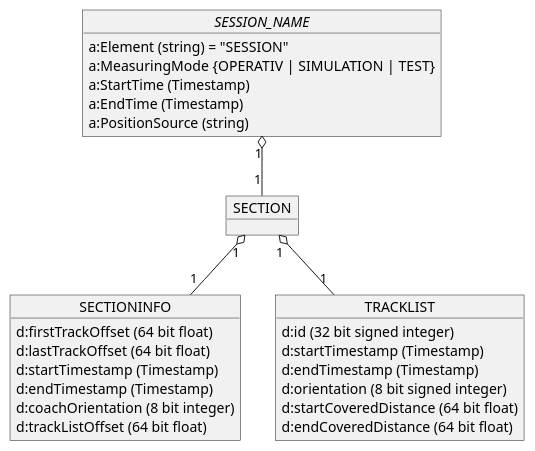
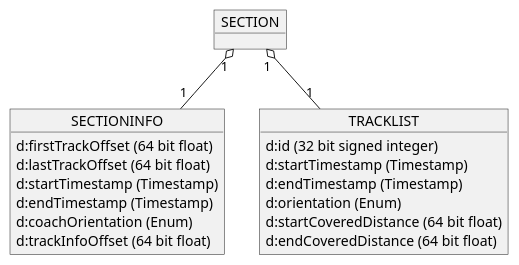
The fifth of 12 diagrams in images/RCM-DX_images.puml (OpenRailAssociation/rcm-dx), drawn with PlantUML before and after one commit. The commit also changed other lines of this file and 22 other files, not shown here.

Commit message:
New Images for group overview and main structure added. Fixed some images and its content.

```diff
--- a/images/RCM-DX_images.puml
+++ b/images/RCM-DX_images.puml
@@ -393,36 +142,25 @@
-@startuml RCM_DX_Section_overview
+@startuml rcmdx_section_group
 
-  object "//SESSION_NAME//" as session_name {
-    a:Element (string) = "SESSION"
-    a:MeasuringMode {OPERATIV | SIMULATION | TEST}
-    a:StartTime (Timestamp)
-    a:EndTime (Timestamp)
-    a:PositionSource (string)
-  }
+  object SECTION
 
-  object SECTION 
-
-  object SECTIONINFO {
+    object SECTIONINFO {
     d:firstTrackOffset (64 bit float)
     d:lastTrackOffset (64 bit float)
     d:startTimestamp (Timestamp)
     d:endTimestamp (Timestamp)
-    d:coachOrientation (8 bit integer)
-    d:trackListOffset (64 bit float)
+    d:coachOrientation (Enum)
+    d:trackInfoOffset (64 bit float)
   }
+  SECTION "1" o-- "1" SECTIONINFO
 
   object TRACKLIST {
     d:id (32 bit signed integer)
     d:startTimestamp (Timestamp)
     d:endTimestamp (Timestamp)
-    d:orientation (8 bit signed integer)
+    d:orientation (Enum)
     d:startCoveredDistance (64 bit float)
     d:endCoveredDistance (64 bit float)
-
   }
-
-  session_name "1" o-- "1" SECTION
-  SECTION "1" o-- "1" SECTIONINFO
   SECTION "1" o-- "1" TRACKLIST
 
 @enduml
```
